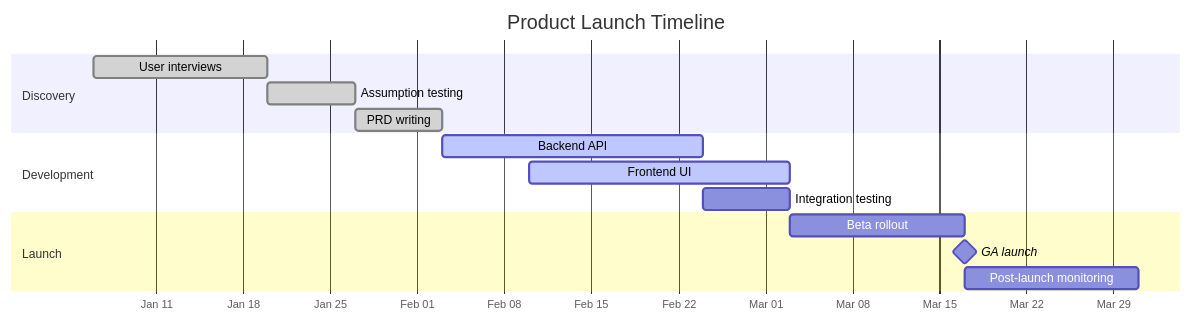
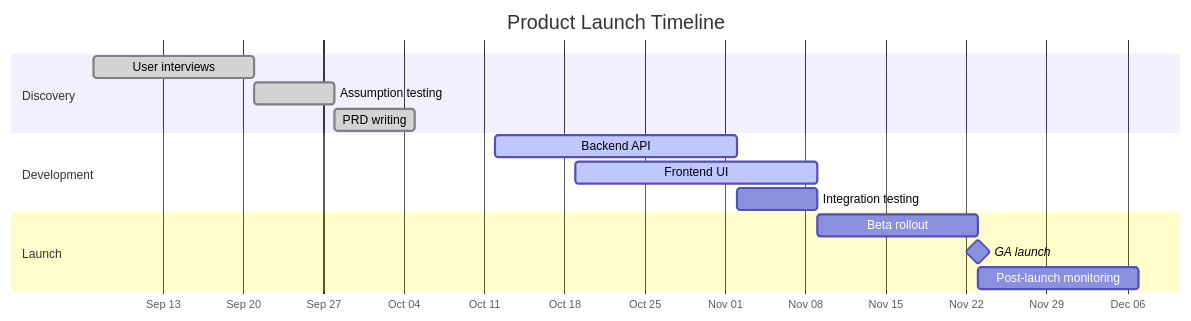
One commit to TerminalSkills/skills changed the fifth of 8 diagrams in skills/mermaid/SKILL.md. Above: the diagram before and after it, drawn with Mermaid. The commit also changed other lines of this file, not shown here.

First line of the commit message:
Refresh mermaid against current docs

````diff
--- a/skills/mermaid/SKILL.md
+++ b/skills/mermaid/SKILL.md
@@ -130,21 +136,21 @@
 ```mermaid
 gantt
     title Product Launch Timeline
     dateFormat YYYY-MM-DD
     axisFormat %b %d
 
     section Discovery
-    User interviews       :done,    d1, 2026-01-06, 2w
+    User interviews       :done,    d1, 2026-09-07, 2w
     Assumption testing     :done,    d2, after d1, 1w
     PRD writing           :done,    d3, after d2, 1w
 
     section Development
-    Backend API           :active,  dev1, 2026-02-03, 3w
-    Frontend UI           :active,  dev2, 2026-02-10, 3w
+    Backend API           :active,  dev1, 2026-10-12, 3w
+    Frontend UI           :active,  dev2, 2026-10-19, 3w
     Integration testing   :         dev3, after dev1, 1w
 
     section Launch
     Beta rollout          :         l1, after dev3, 2w
     GA launch             :milestone, l2, after l1, 0d
     Post-launch monitoring:         l3, after l2, 2w
 ```
````
